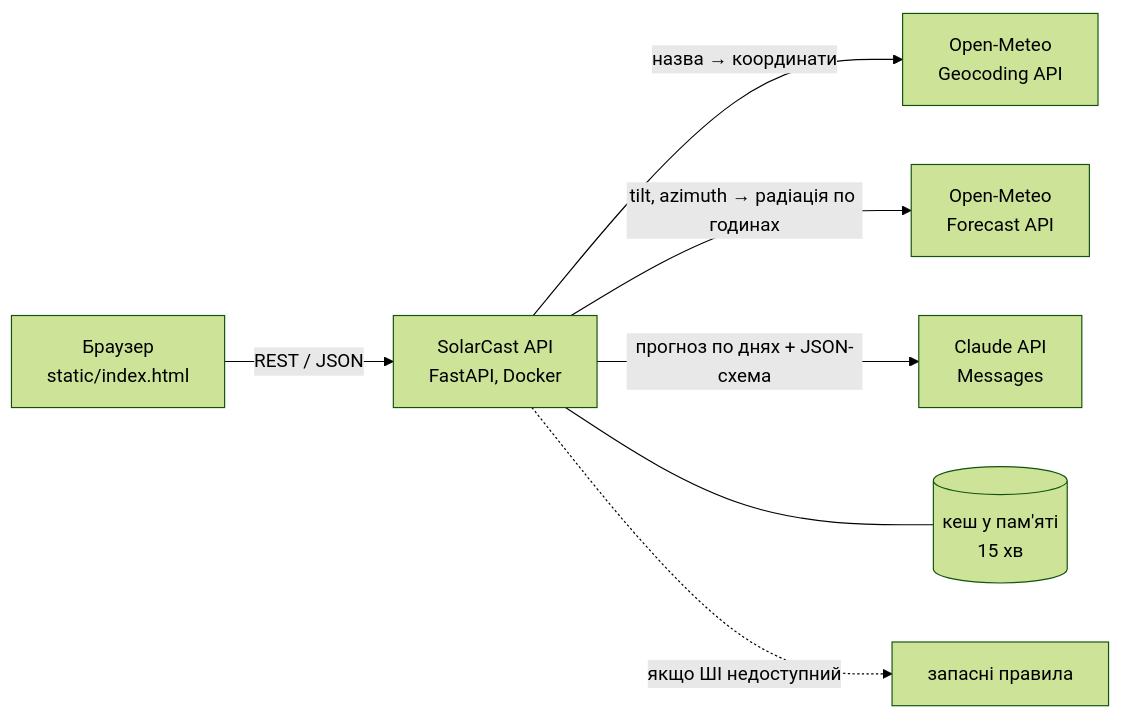
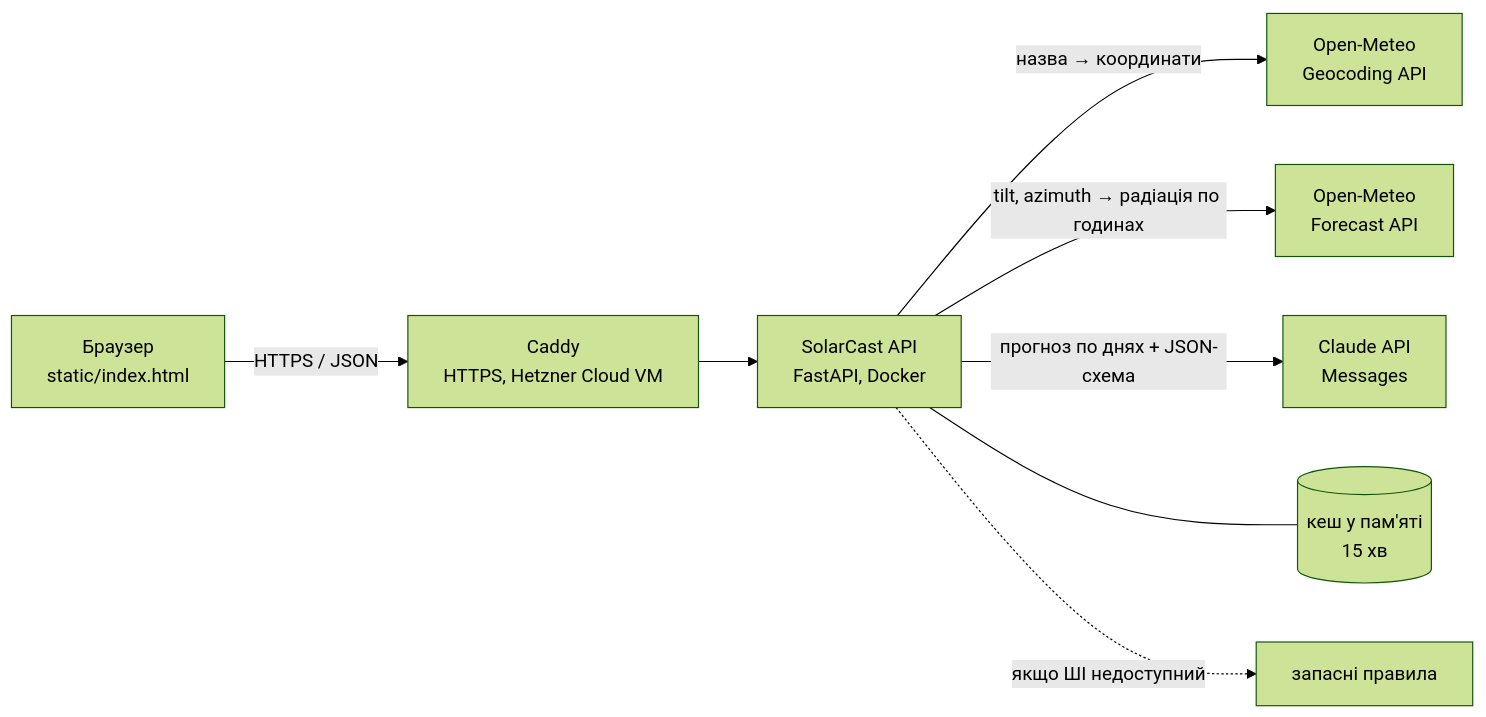
The diagram in README.md (AIAvenger1/solarcast-ua), drawn with Mermaid (forest theme) before and after one commit. The commit also changed other lines of this file and 4 other files, not shown here.

````diff
--- a/README.md
+++ b/README.md
@@ -50,9 +52,10 @@
 ```mermaid
 flowchart LR
-    B[Браузер<br>static/index.html] -->|REST / JSON| A[SolarCast API<br>FastAPI, Docker]
+    B[Браузер<br>static/index.html] -->|HTTPS / JSON| P[Caddy<br>HTTPS, Hetzner Cloud VM]
+    P --> A[SolarCast API<br>FastAPI, Docker]
     A -->|назва → координати| G[Open-Meteo<br>Geocoding API]
     A -->|tilt, azimuth → радіація по годинах| F[Open-Meteo<br>Forecast API]
     A -->|прогноз по днях + JSON-схема| C[Claude API<br>Messages]
     A --- K[(кеш у пам'яті<br>15 хв)]
     A -.->|якщо ШІ недоступний| R[запасні правила]
 ```
````
